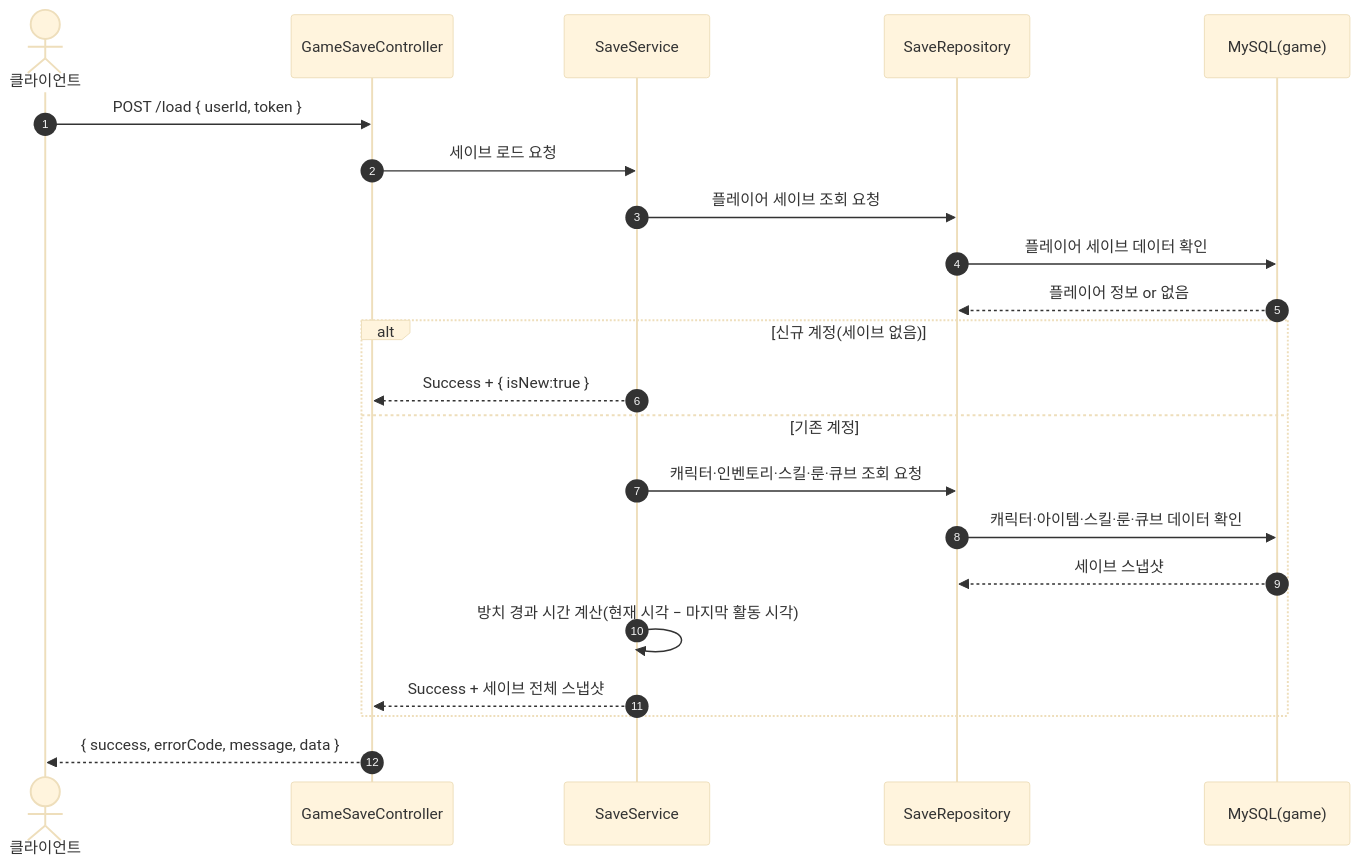
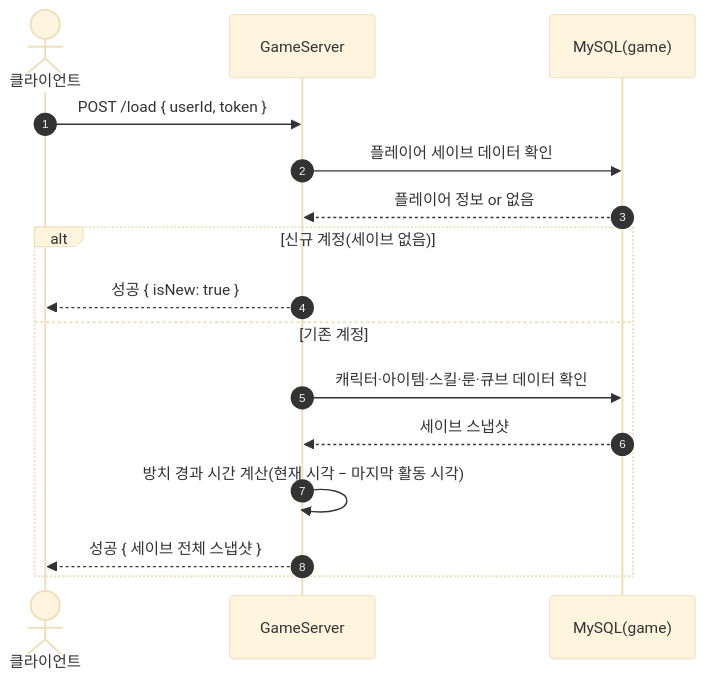
Before and after one commit to ks-wook/com2us-taskbar-hero: the first of 3 diagrams in SequenceDiagram/GameSaveController.md, drawn with Mermaid (base theme). The commit also changed other lines of this file and 8 other files, not shown here.

Commit message:
시퀀스 다이어그램 수정

````diff
--- a/SequenceDiagram/GameSaveController.md
+++ b/SequenceDiagram/GameSaveController.md
@@ -9,25 +9,19 @@
 ```mermaid
 sequenceDiagram
     autonumber
     actor C as 클라이언트
-    participant Ctrl as GameSaveController
-    participant Svc as SaveService
-    participant Repo as SaveRepository
+    participant S as GameServer
     participant DB as MySQL(game)
 
-    C->>Ctrl: POST /load { userId, token }
-    Ctrl->>Svc: 세이브 로드 요청
-    Svc->>Repo: 플레이어 세이브 조회 요청
-    Repo->>DB: 플레이어 세이브 데이터 확인
-    DB-->>Repo: 플레이어 정보 or 없음
+    C->>S: POST /load { userId, token }
+    S->>DB: 플레이어 세이브 데이터 확인
+    DB-->>S: 플레이어 정보 or 없음
     alt 신규 계정(세이브 없음)
-        Svc-->>Ctrl: Success + { isNew:true }
+        S-->>C: 성공 { isNew: true }
     else 기존 계정
-        Svc->>Repo: 캐릭터·인벤토리·스킬·룬·큐브 조회 요청
-        Repo->>DB: 캐릭터·아이템·스킬·룬·큐브 데이터 확인
-        DB-->>Repo: 세이브 스냅샷
-        Svc->>Svc: 방치 경과 시간 계산(현재 시각 − 마지막 활동 시각)
-        Svc-->>Ctrl: Success + 세이브 전체 스냅샷
+        S->>DB: 캐릭터·아이템·스킬·룬·큐브 데이터 확인
+        DB-->>S: 세이브 스냅샷
+        S->>S: 방치 경과 시간 계산(현재 시각 − 마지막 활동 시각)
+        S-->>C: 성공 { 세이브 전체 스냅샷 }
     end
-    Ctrl-->>C: { success, errorCode, message, data }
 ```
````
